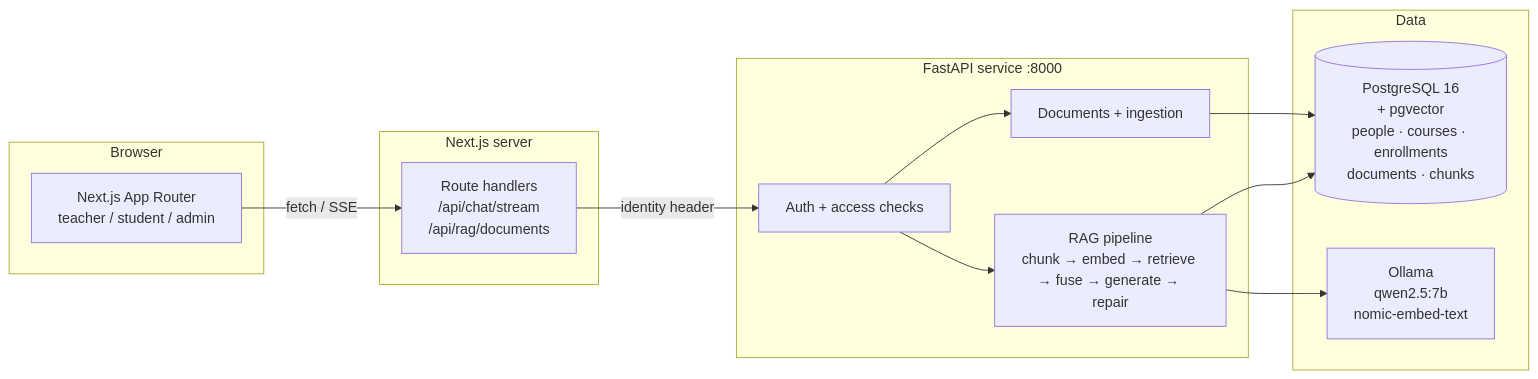
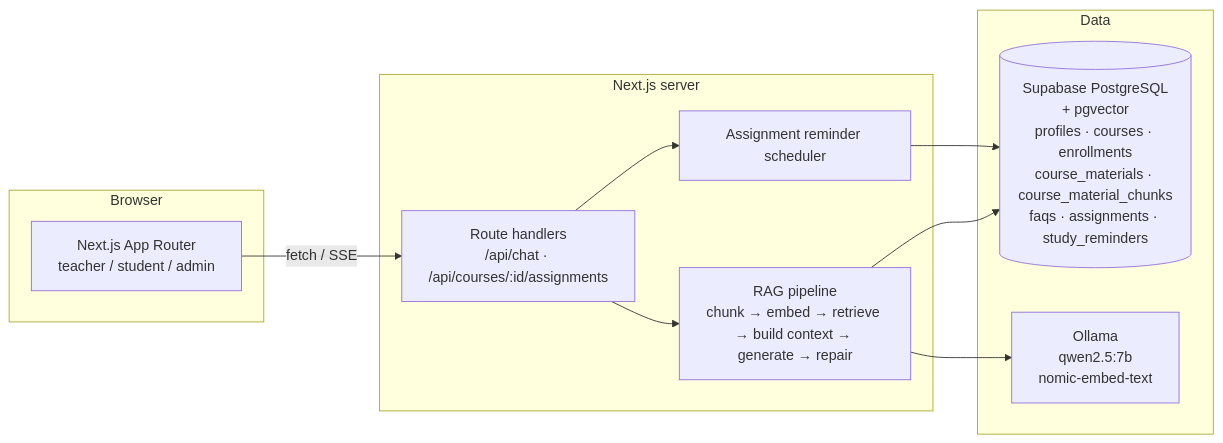
Before and after one commit to zawwinhtutdev/mfu-ai-teaching-assistant: the diagram in README.md, drawn with Mermaid. The commit also changed other lines of this file and 4 other files, not shown here.

First line of the commit message:
chore(deps): upgrade Next.js to 16.4.6 and document the new architecture

````diff
--- a/README.md
+++ b/README.md
@@ -56,29 +65,24 @@
 ```mermaid
 flowchart LR
     subgraph Browser
       UI[Next.js App Router<br/>teacher / student / admin]
     end
 
     subgraph Web["Next.js server"]
-      R[Route handlers<br/>/api/chat/stream<br/>/api/rag/documents]
-    end
-
-    subgraph API["FastAPI service :8000"]
-      A[Auth + access checks]
-      P[RAG pipeline<br/>chunk → embed → retrieve → fuse → generate → repair]
-      D[Documents + ingestion]
+      R[Route handlers<br/>/api/chat · /api/courses/:id/assignments]
+      P[RAG pipeline<br/>chunk → embed → retrieve → build context → generate → repair]
+      S[Assignment reminder scheduler]
     end
 
     subgraph Data
-      PG[(PostgreSQL 16<br/>+ pgvector<br/>people · courses · enrollments<br/>documents · chunks)]
+      PG[(Supabase PostgreSQL<br/>+ pgvector<br/>profiles · courses · enrollments<br/>course_materials · course_material_chunks<br/>faqs · assignments · study_reminders)]
       O[Ollama<br/>qwen2.5:7b<br/>nomic-embed-text]
     end
 
     UI -->|fetch / SSE| R
-    R -->|identity header| A
-    A --> P
-    A --> D
+    R --> P
+    R --> S
     P --> PG
-    D --> PG
     P --> O
+    S --> PG
 ```
````
